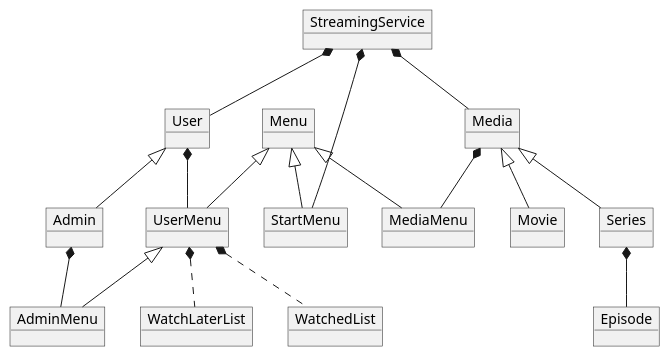
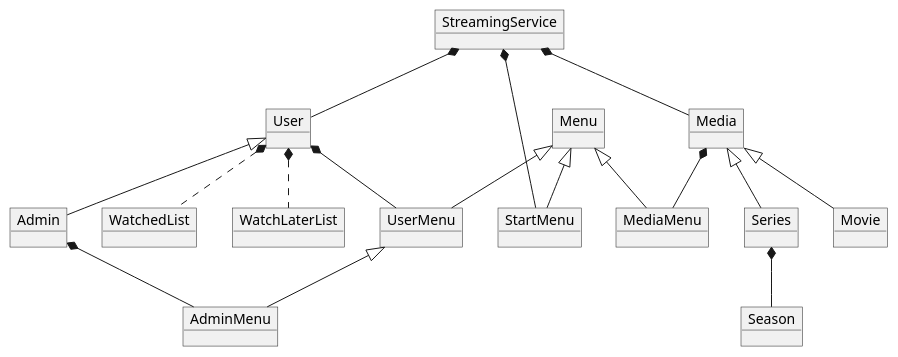
Before and after one commit to Magnus128/SP3-gruppe-E: the diagram in doc/objectDiagram.puml, drawn with PlantUML. The commit also changed 1 other file, not shown here.

Commit message:
klassediagram

```diff
--- a/doc/objectDiagram.puml
+++ b/doc/objectDiagram.puml
@@ -1,35 +1,35 @@
 @startuml
 'https://plantuml.com/object-diagram
 
 object StreamingService
 object Media
 object Movie
 object Series
-object Episode
+object Season
 object User
 object Admin
 object WatchedList
 object WatchLaterList
 object Menu
 object StartMenu
 object UserMenu
 object AdminMenu
 object MediaMenu
 
 StreamingService *-- User
 StreamingService *-- Media
 StreamingService *-- StartMenu
 Menu <|-- StartMenu
 Menu <|-- UserMenu
 Menu <|-- MediaMenu
 UserMenu <|-- AdminMenu
 Media <|-- Movie
 Media <|-- Series
 Media *-- MediaMenu
-Series *-- Episode
+Series *-- Season
 User *-- UserMenu
 User <|-- Admin
 Admin *-- AdminMenu
-UserMenu *.. WatchedList
-UserMenu *.. WatchLaterList
+User *.. WatchedList
+User *.. WatchLaterList
 @enduml
```
